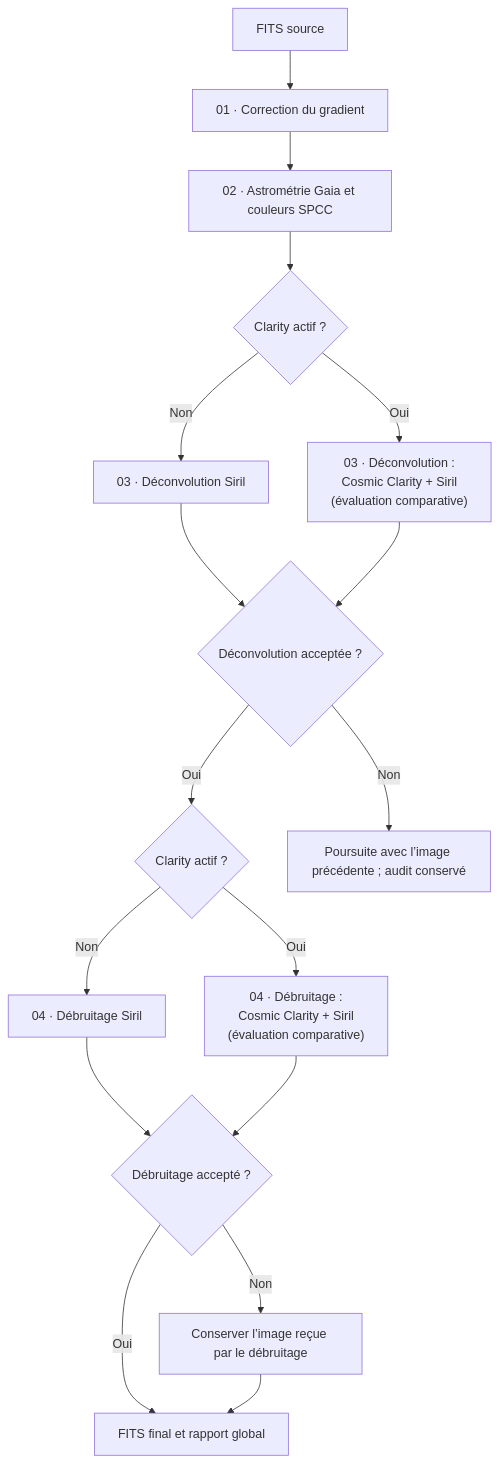
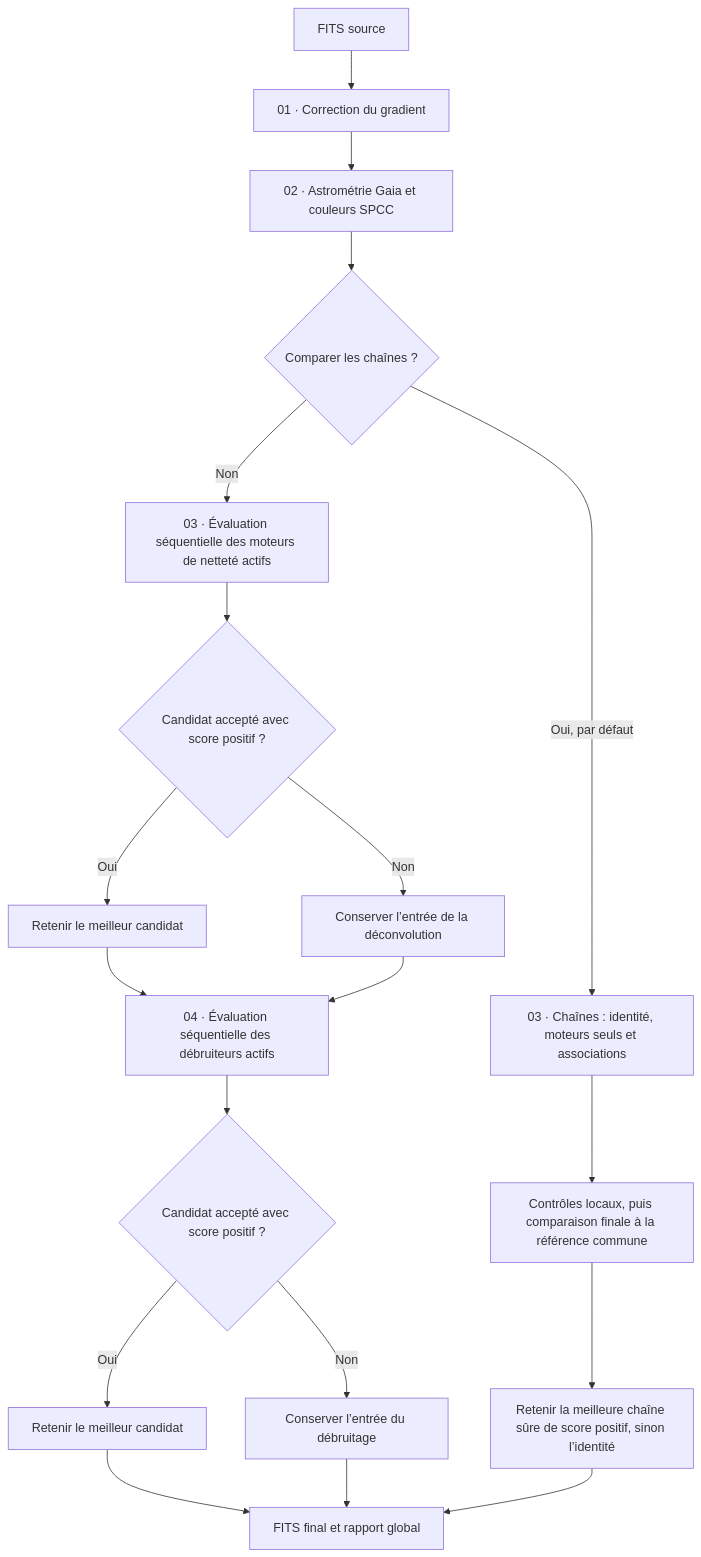
The diagram in docs/scripts/postProcess/README.md (dgedgedge/SirilProcessing), drawn with Mermaid before and after one commit. The commit also changed other lines of this file and 60 other files, not shown here.

````diff
--- a/docs/scripts/postProcess/README.md
+++ b/docs/scripts/postProcess/README.md
@@ -58,19 +76,21 @@
 ```mermaid
 flowchart TD
     A["FITS source"] --> G["01 · Correction du gradient"]
     G --> P["02 · Astrométrie Gaia et couleurs SPCC"]
-    P --> C{"Clarity actif ?"}
-    C -->|Non| D1["03 · Déconvolution Siril"]
-    C -->|Oui| D2["03 · Déconvolution :\nCosmic Clarity + Siril\n(évaluation comparative)"]
-    D1 --> V{"Déconvolution acceptée ?"}
-    D2 --> V
-    V -->|Oui| N0{"Clarity actif ?"}
-    V -->|Non| E["Poursuite avec l’image précédente ; audit conservé"]
-    N0 -->|Non| N1["04 · Débruitage Siril"]
-    N0 -->|Oui| N2["04 · Débruitage :\nCosmic Clarity + Siril\n(évaluation comparative)"]
-    N1 --> Q{"Débruitage accepté ?"}
-    N2 --> Q
-    Q -->|Oui| R["FITS final et rapport global"]
-    Q -->|Non| O["Conserver l’image reçue par le débruitage"]
+    P --> C{"Comparer les chaînes ?"}
+    C -->|Non| D["03 · Évaluation séquentielle des moteurs de netteté actifs"]
+    D --> V{"Candidat accepté avec score positif ?"}
+    V -->|Oui| S["Retenir le meilleur candidat"]
+    V -->|Non| E["Conserver l’entrée de la déconvolution"]
+    S --> N["04 · Évaluation séquentielle des débruiteurs actifs"]
+    E --> N
+    N --> Q{"Candidat accepté avec score positif ?"}
+    Q -->|Oui| B["Retenir le meilleur candidat"]
+    Q -->|Non| O["Conserver l’entrée du débruitage"]
+    C -->|Oui, par défaut| H["03 · Chaînes : identité, moteurs seuls et associations"]
+    H --> I["Contrôles locaux, puis comparaison finale à la référence commune"]
+    I --> T["Retenir la meilleure chaîne sûre de score positif, sinon l’identité"]
+    B --> R["FITS final et rapport global"]
     O --> R
+    T --> R
 ```
````
